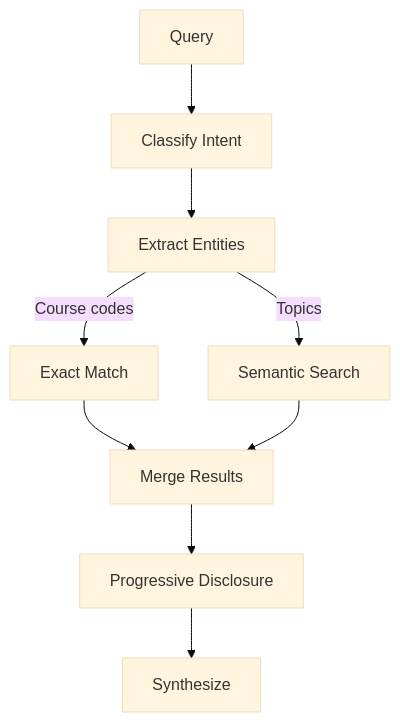
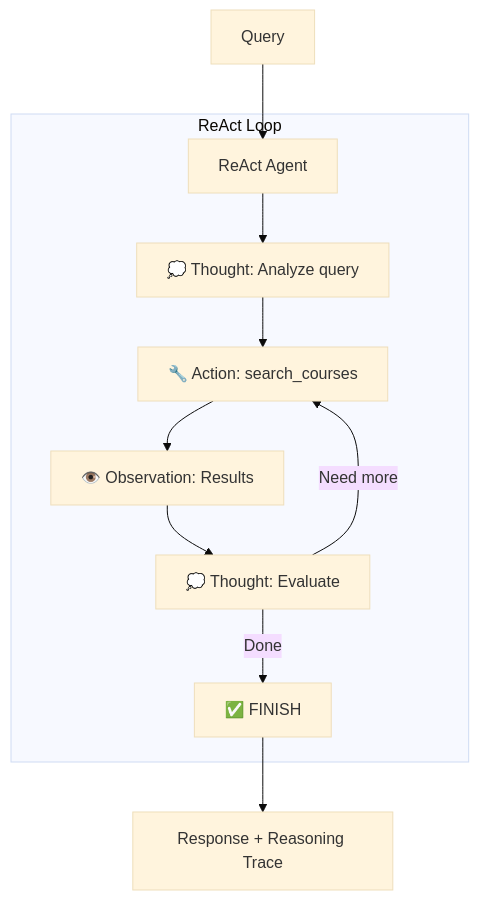
One commit to redis-developer/context-eng-matters changed the third of 4 diagrams in progressive_agents/README.md. Above: the diagram before and after it, drawn with Mermaid (base theme). The commit also changed other lines of this file and 116 other files, not shown here.

First line of the commit message:
refactor: archive non-ReAct stages and renumber progressive agents

````diff
--- a/progressive_agents/README.md
+++ b/progressive_agents/README.md
@@ -90,11 +84,15 @@
 ```mermaid
 graph TD
-    Q[Query] --> IC[Classify Intent]
-    IC --> EE[Extract Entities]
-    EE -->|Course codes| EM[Exact Match]
-    EE -->|Topics| SS[Semantic Search]
-    EM --> M[Merge Results]
-    SS --> M
-    M --> PD[Progressive Disclosure]
-    PD --> S[Synthesize]
+    Q[Query] --> RA[ReAct Agent]
+
+    subgraph ReAct Loop
+        RA --> T1[💭 Thought: Analyze query]
+        T1 --> A1[🔧 Action: search_courses]
+        A1 --> O1[👁️ Observation: Results]
+        O1 --> T2[💭 Thought: Evaluate]
+        T2 --> |Need more| A1
+        T2 --> |Done| F[✅ FINISH]
+    end
+
+    F --> R[Response + Reasoning Trace]
 ```
````
